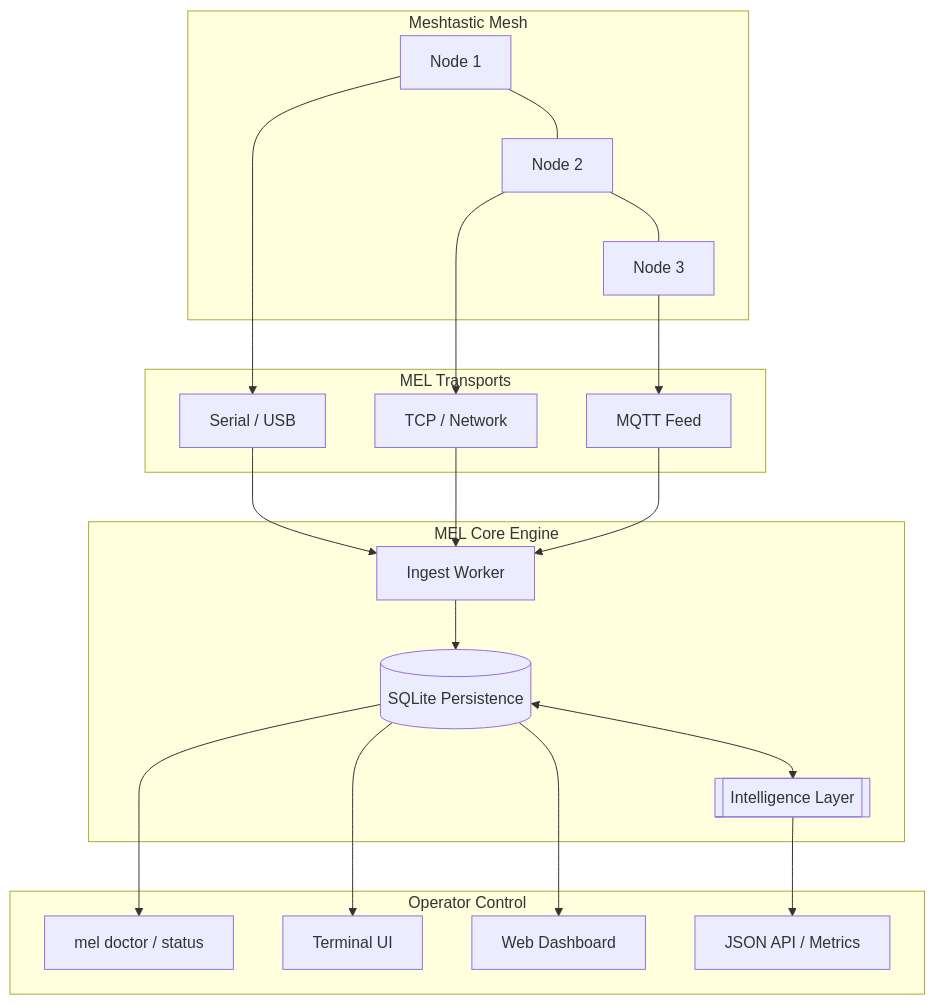
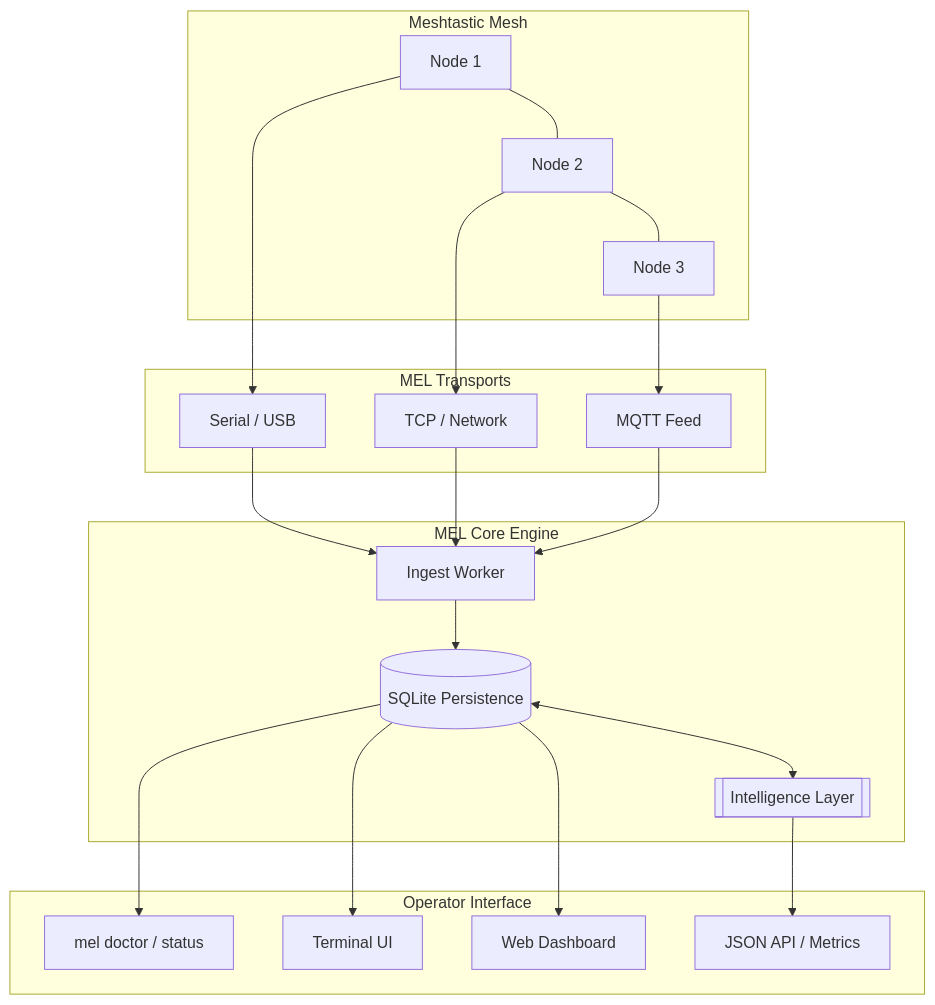
One commit to Hardonian/MEL---MeshEdgeLayer changed the diagram in README.md. Above: the diagram before and after it, drawn with Mermaid. The commit also changed other lines of this file and 15 other files, not shown here.

````diff
--- a/README.md
+++ b/README.md
@@ -115,41 +80,41 @@
 ```mermaid
 graph TD
     subgraph "Meshtastic Mesh"
         N1[Node 1] --- N2[Node 2]
         N2 --- N3[Node 3]
     end
 
     subgraph "MEL Transports"
         SR[Serial / USB]
         TC[TCP / Network]
         MQ[MQTT Feed]
     end
 
     subgraph "MEL Core Engine"
         IG[Ingest Worker]
         DB[(SQLite Persistence)]
         IL[[Intelligence Layer]]
     end
 
-    subgraph "Operator Control"
+    subgraph "Operator Interface"
         CLI[mel doctor / status]
         TUI[Terminal UI]
         WEB[Web Dashboard]
         API[JSON API / Metrics]
     end
 
     N1 --> SR
     N2 --> TC
     N3 --> MQ
 
     SR --> IG
     TC --> IG
     MQ --> IG
 
     IG --> DB
     DB <--> IL
     IL --> API
     DB --> CLI
     DB --> TUI
     DB --> WEB
 ```
````
